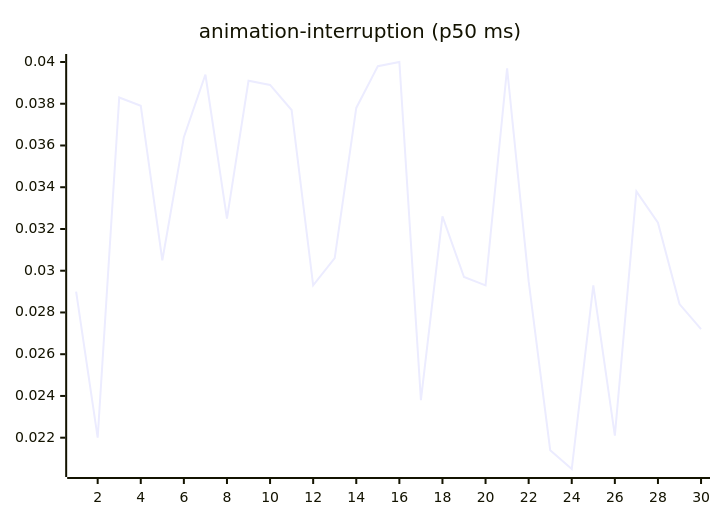
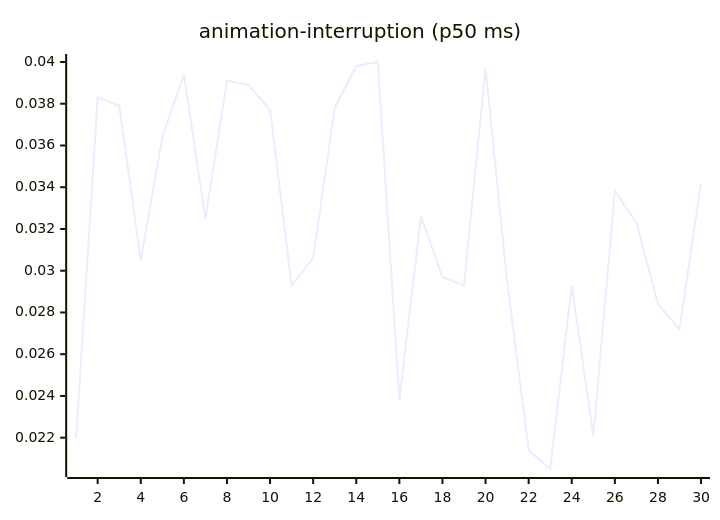
One commit to josha/Facet changed the third of 27 diagrams in README.md. Above: the diagram before and after it, drawn with Mermaid. The commit also changed other lines of this file and 2 other files, not shown here.

````diff
--- a/README.md
+++ b/README.md
@@ -77,6 +77,6 @@
 ```mermaid
 xychart-beta
     title "animation-interruption (p50 ms)"
     x-axis 1 --> 30
-    line [0.0290, 0.0220, 0.0383, 0.0379, 0.0305, 0.0364, 0.0394, 0.0325, 0.0391, 0.0389, 0.0377, 0.0293, 0.0306, 0.0378, 0.0398, 0.0400, 0.0238, 0.0326, 0.0297, 0.0293, 0.0397, 0.0295, 0.0214, 0.0205, 0.0293, 0.0221, 0.0338, 0.0323, 0.0284, 0.0272]
+    line [0.0220, 0.0383, 0.0379, 0.0305, 0.0364, 0.0394, 0.0325, 0.0391, 0.0389, 0.0377, 0.0293, 0.0306, 0.0378, 0.0398, 0.0400, 0.0238, 0.0326, 0.0297, 0.0293, 0.0397, 0.0295, 0.0214, 0.0205, 0.0293, 0.0221, 0.0338, 0.0323, 0.0284, 0.0272, 0.0342]
 ```
````
